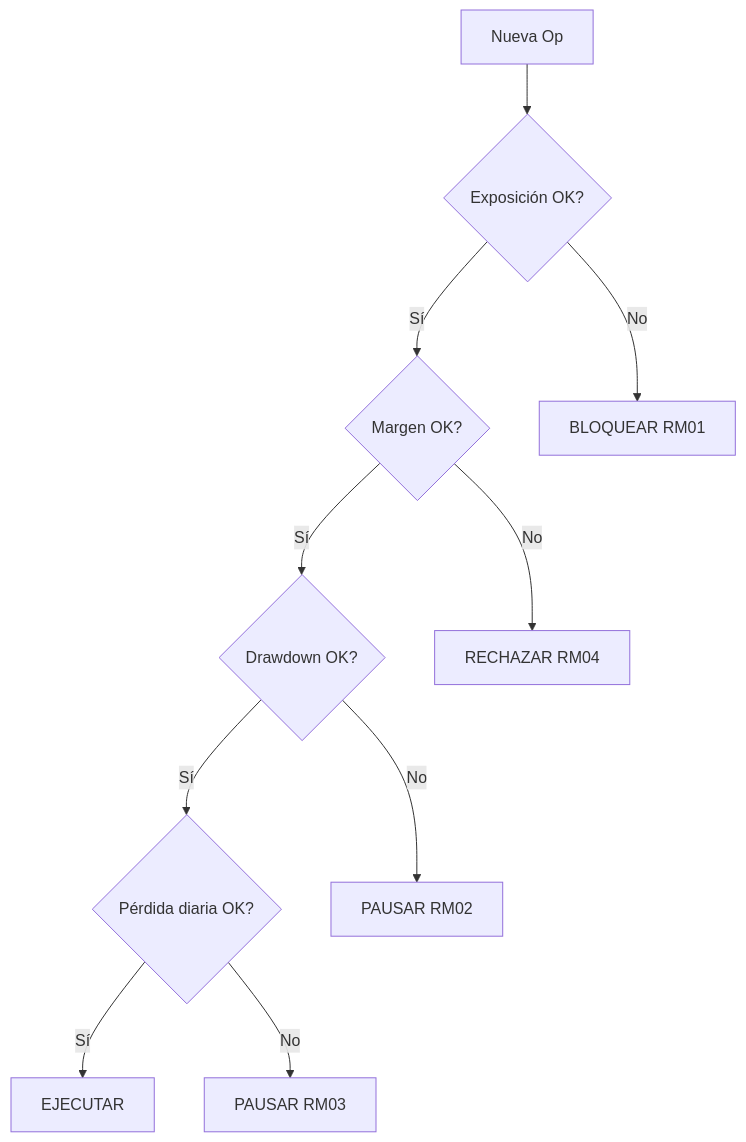
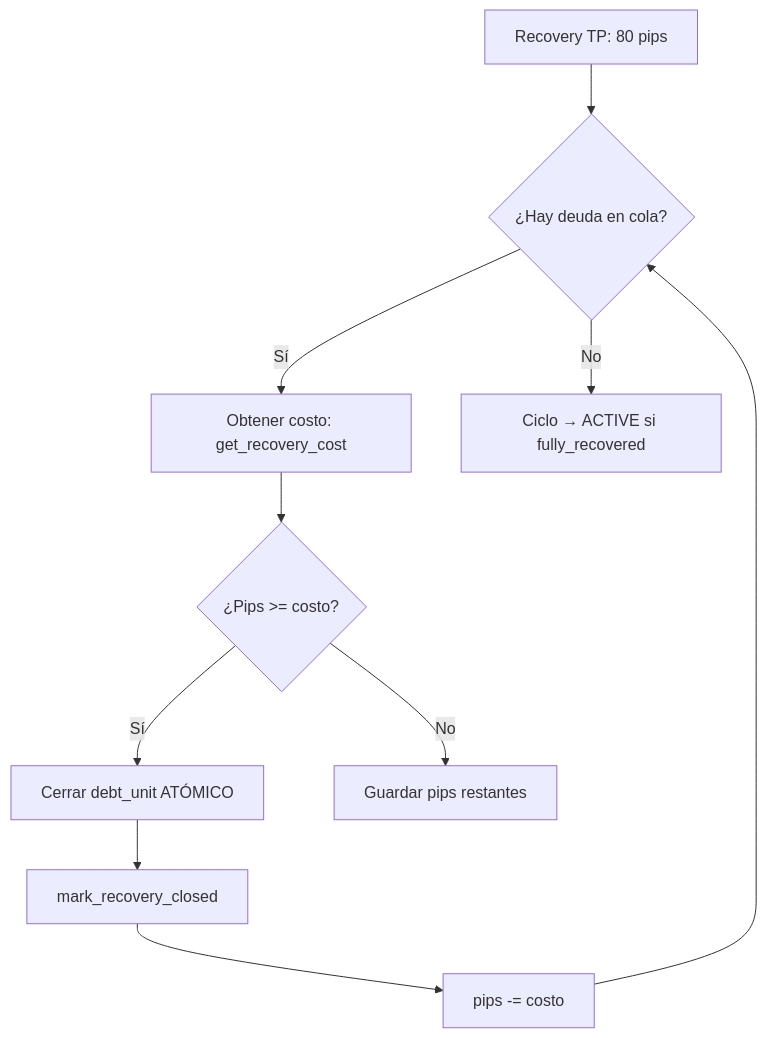
The second of 2 diagrams in docs/testing.md (asanchezmanas/wsplumber), drawn with Mermaid before and after one commit. The commit also changed other lines of this file and 8 other files, not shown here.

````diff
--- a/docs/testing.md
+++ b/docs/testing.md
@@ -548,15 +233,12 @@
 ```mermaid
 flowchart TD
-    A[Nueva Op] --> B{Exposición OK?}
-    B -->|Sí| C{Margen OK?}
-    B -->|No| D[BLOQUEAR RM01]
-    
-    C -->|Sí| E{Drawdown OK?}
-    C -->|No| F[RECHAZAR RM04]
-    
-    E -->|Sí| G{Pérdida diaria OK?}
-    E -->|No| H[PAUSAR RM02]
-    
-    G -->|Sí| I[EJECUTAR]
-    G -->|No| J[PAUSAR RM03]
+    A[Recovery TP: 80 pips] --> B{¿Hay deuda en cola?}
+    B -->|Sí| C[Obtener costo: get_recovery_cost]
+    C --> D{¿Pips >= costo?}
+    D -->|Sí| E[Cerrar debt_unit ATÓMICO]
+    E --> F[mark_recovery_closed]
+    F --> G[pips -= costo]
+    G --> B
+    D -->|No| H[Guardar pips restantes]
+    B -->|No| I[Ciclo → ACTIVE si fully_recovered]
 ```
````
